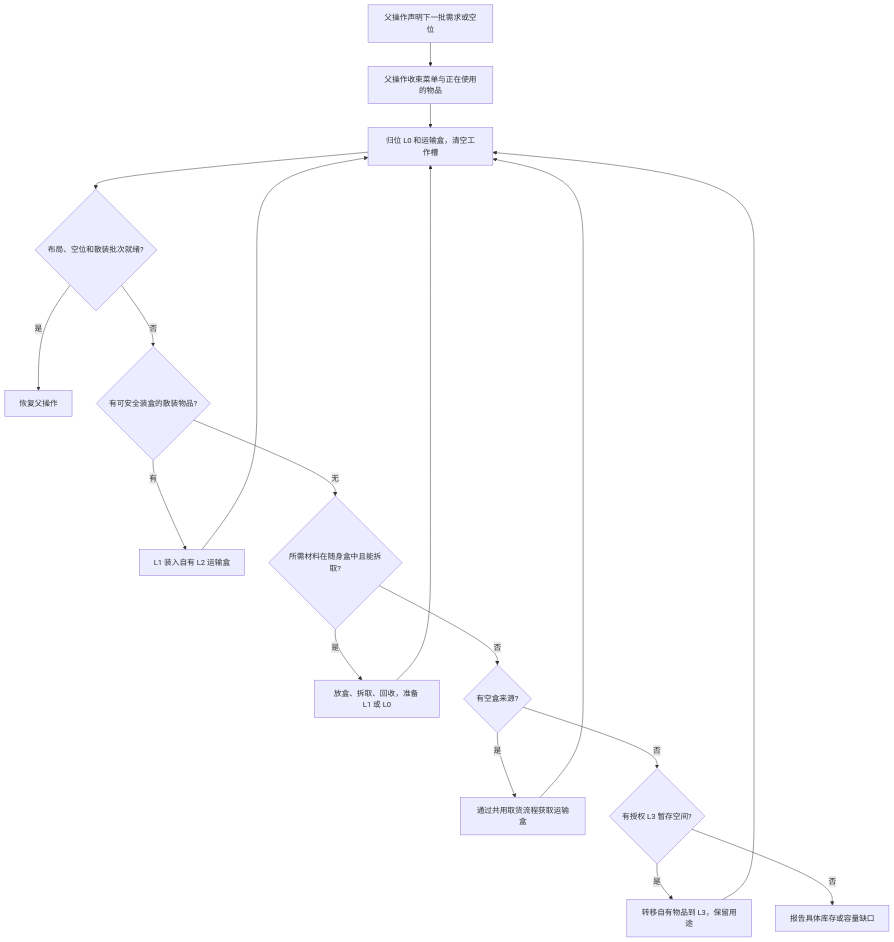
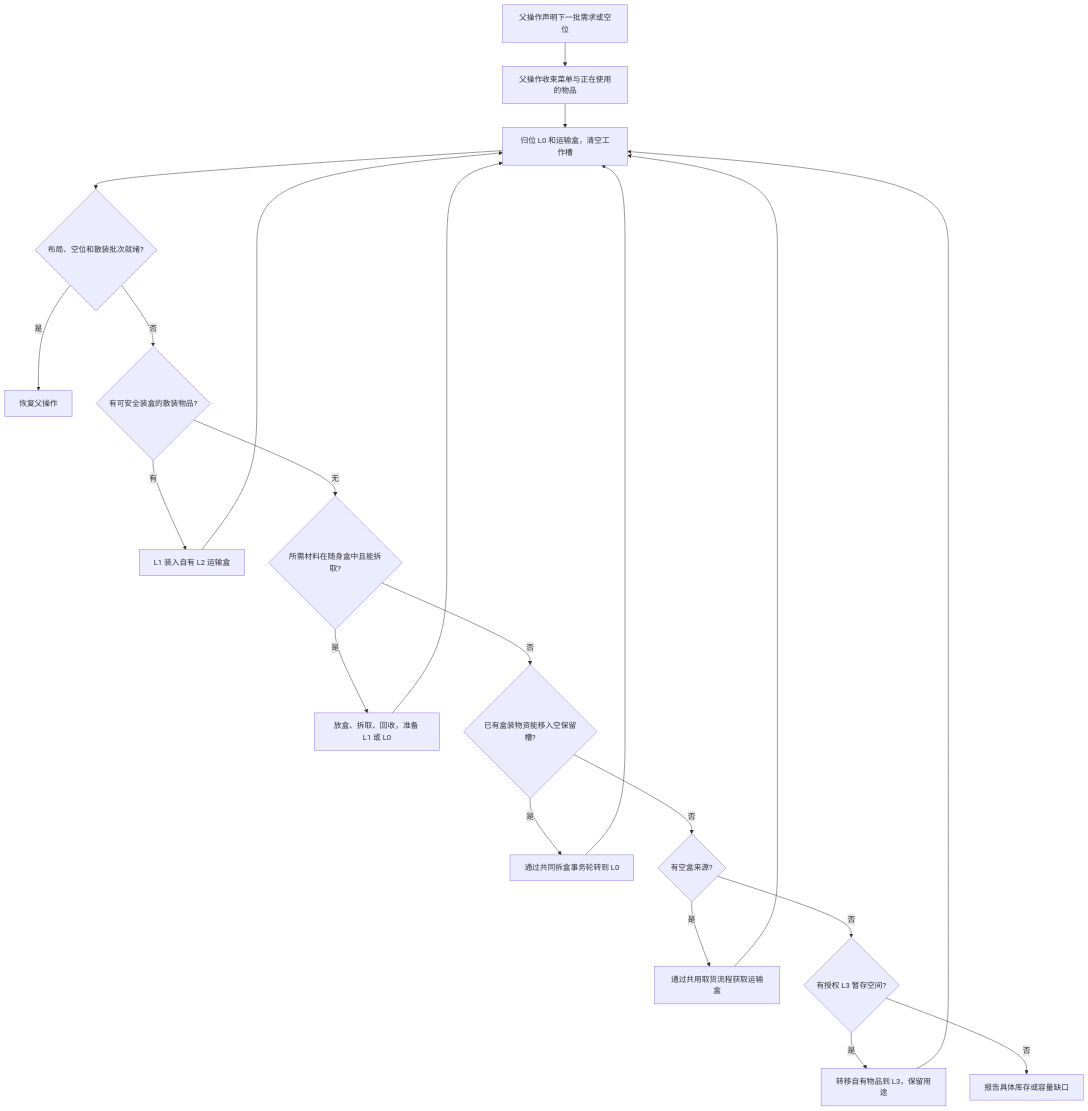
The diagram in docs/supply/inventory.md (cwc020730/lattivium-docs), drawn with Mermaid before and after one commit. The commit also changed other lines of this file and 1 other file, not shown here.

Commit message:
docs: explain reserved inventory turnover before capacity refusal

````diff
--- a/docs/supply/inventory.md
+++ b/docs/supply/inventory.md
@@ -98,20 +100,23 @@
 ```mermaid
 flowchart TD
     A[父操作声明下一批需求或空位] --> B[父操作收束菜单与正在使用的物品]
     B --> C[归位 L0 和运输盒，清空工作槽]
     C --> D{布局、空位和散装批次就绪?}
     D -->|是| E[恢复父操作]
     D -->|否| F{有可安全装盒的散装物品?}
     F -->|有| G[L1 装入自有 L2 运输盒]
     F -->|无| H{所需材料在随身盒中且能拆取?}
     H -->|是| I[放盒、拆取、回收，准备 L1 或 L0]
-    H -->|否| J{有空盒来源?}
+    H -->|否| O{已有盒装物资能移入空保留槽?}
+    O -->|是| P[通过共同拆盒事务轮转到 L0]
+    P --> C
+    O -->|否| J{有空盒来源?}
     J -->|是| K[通过共用取货流程获取运输盒]
     J -->|否| L{有授权 L3 暂存空间?}
     L -->|是| M[转移自有物品到 L3，保留用途]
     L -->|否| N[报告具体库存或容量缺口]
     K --> C
     M --> C
     G --> C
     I --> C
 ```
````
